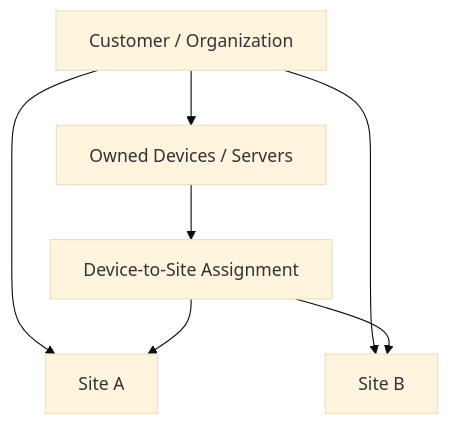
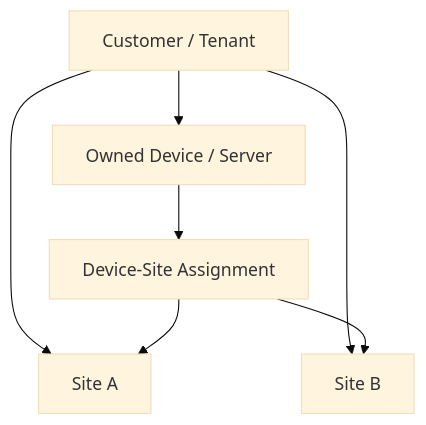
Before and after one commit to Niranjan1005/lms: the diagram in docs/product/index.md, drawn with Mermaid (base theme). The commit also changed other lines of this file, not shown here.

```diff
--- a/docs/product/index.md
+++ b/docs/product/index.md
@@ -18,9 +38,9 @@
 ~~~mermaid
 flowchart TD
-    C[Customer / Organization] --> S1[Site A]
+    C[Customer / Tenant] --> S1[Site A]
     C --> S2[Site B]
-    C --> D[Owned Devices / Servers]
-    D --> A1[Device-to-Site Assignment]
+    C --> D[Owned Device / Server]
+    D --> A1[Device-Site Assignment]
     A1 --> S1
     A1 --> S2
 ~~~
```
